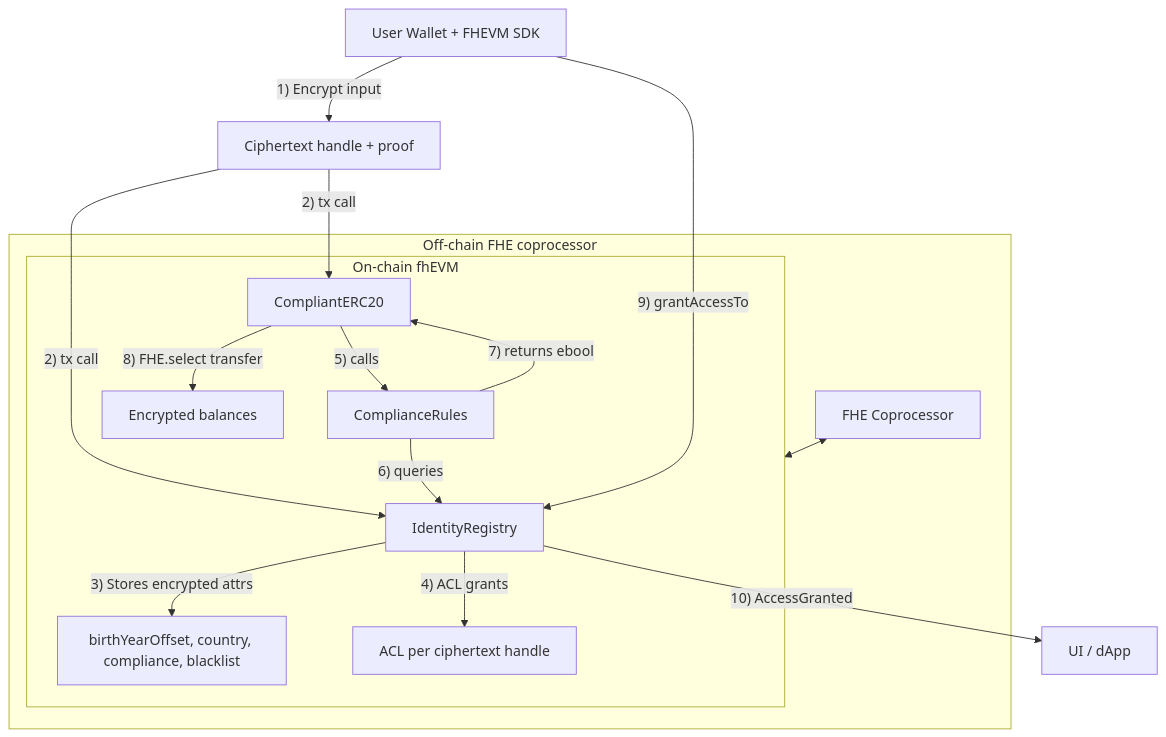
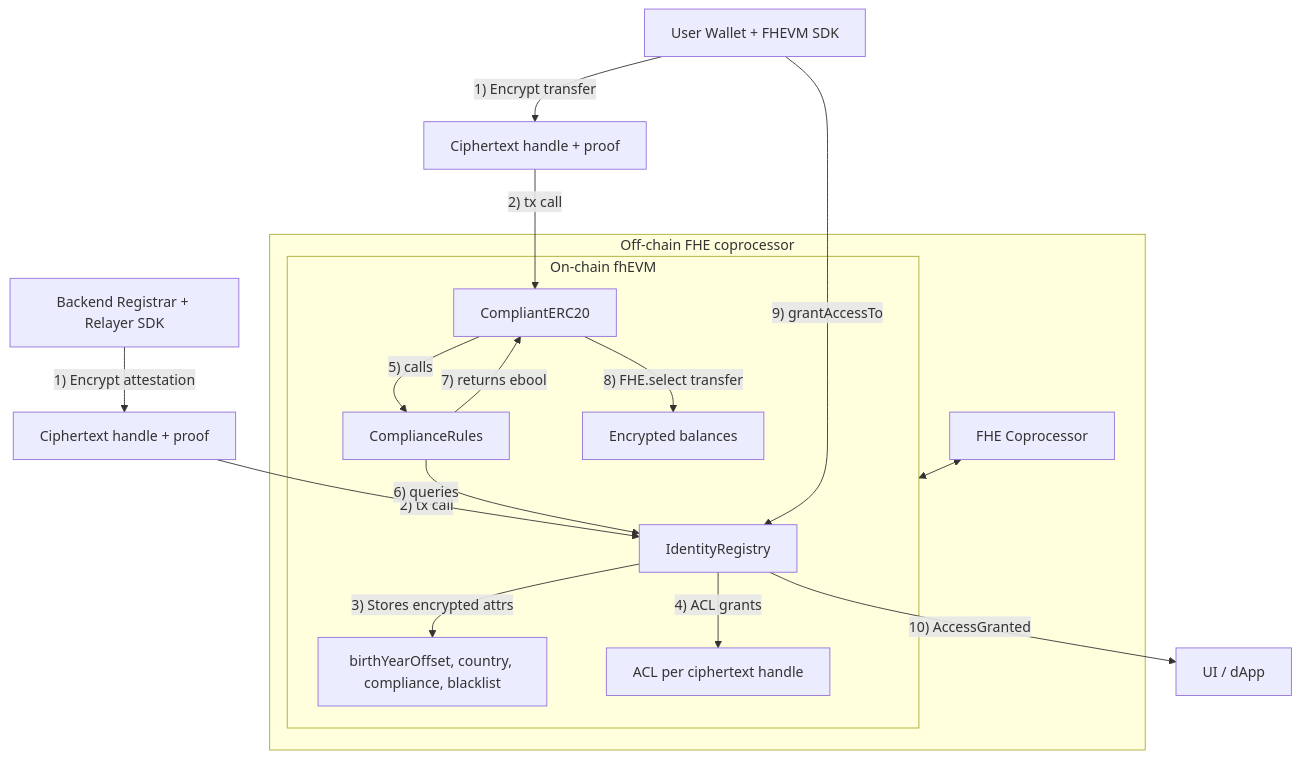
The second of 11 diagrams in docs/web3-architecture.md (gustavovalverde/zentity), drawn with Mermaid before and after one commit. The commit also changed other lines of this file and 27 other files, not shown here.

````diff
--- a/docs/web3-architecture.md
+++ b/docs/web3-architecture.md
@@ -97,23 +99,25 @@
 ```mermaid
 flowchart TD
     User["User Wallet + FHEVM SDK"]
-    User -- "1) Encrypt input" --> EncIn["Ciphertext handle + proof"]
-    EncIn -- "2) tx call" --> IR["IdentityRegistry"]
+    Registrar["Backend Registrar + Relayer SDK"]
+    User -- "1) Encrypt transfer" --> EncIn["Ciphertext handle + proof"]
+    Registrar -- "1) Encrypt attestation" --> AttIn["Ciphertext handle + proof"]
+    AttIn -- "2) tx call" --> IR["IdentityRegistry"]
     EncIn -- "2) tx call" --> ERC["CompliantERC20"]
 
     subgraph OnChain["On-chain fhEVM"]
       IR -- "3) Stores encrypted attrs" --> IRState["birthYearOffset, country, compliance, blacklist"]
       IR -- "4) ACL grants" --> ACL["ACL per ciphertext handle"]
       ERC -- "5) calls" --> CR["ComplianceRules"]
       CR -- "6) queries" --> IR
       CR -- "7) returns ebool" --> ERC
       ERC -- "8) FHE.select transfer" --> ERCState["Encrypted balances"]
     end
 
     subgraph OffChain["Off-chain FHE coprocessor"]
       FHE["FHE Coprocessor"] <--> OnChain
     end
 
     User -- "9) grantAccessTo" --> IR
     IR -- "10) AccessGranted" --> UI["UI / dApp"]
 ```
````
